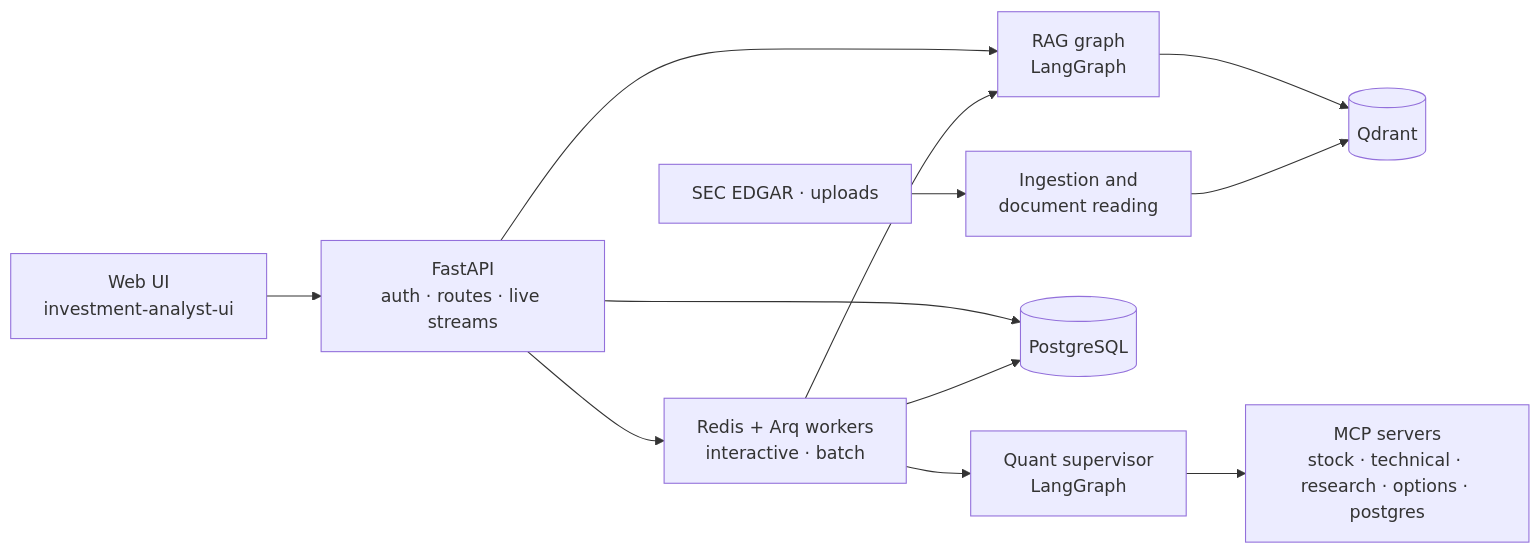
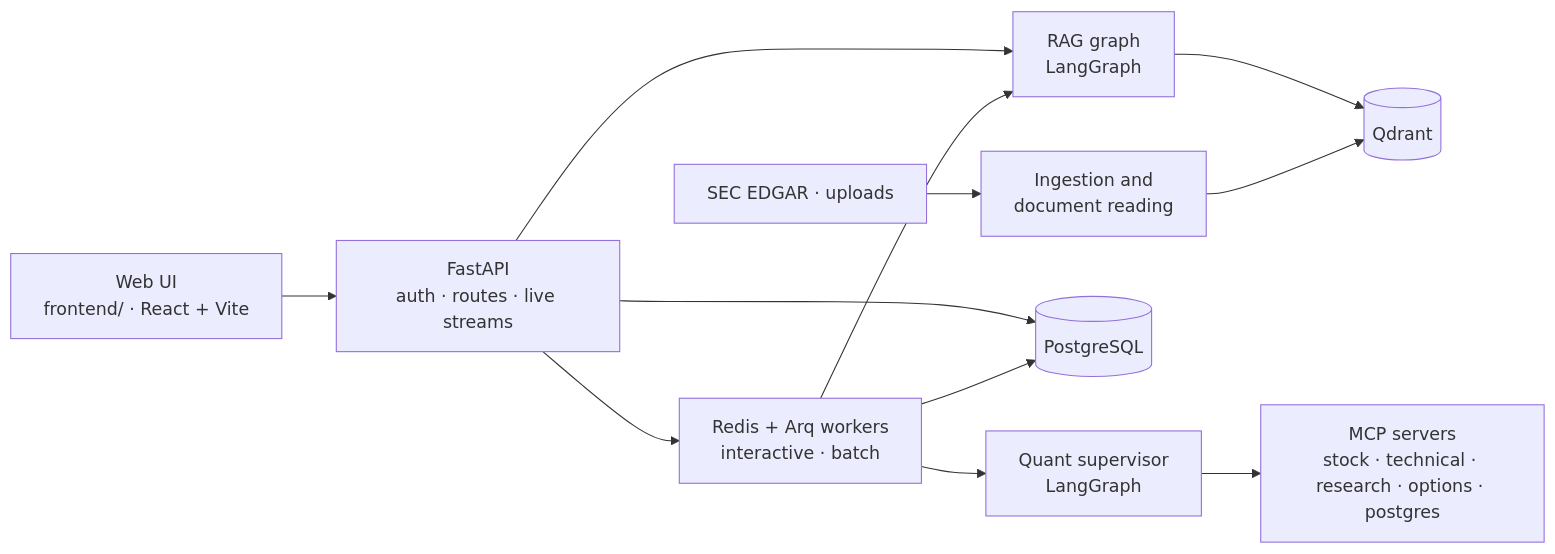
The diagram in README.md (Ganesh-K-Indium/Investment_Analyst), drawn with Mermaid before and after one commit. The commit also changed other lines of this file and 201 other files, not shown here.

````diff
--- a/README.md
+++ b/README.md
@@ -96,13 +96,13 @@
 ```mermaid
 flowchart LR
-    UI["Web UI<br/>investment-analyst-ui"] --> API["FastAPI<br/>auth · routes · live streams"]
+    UI["Web UI<br/>frontend/ · React + Vite"] --> API["FastAPI<br/>auth · routes · live streams"]
     API --> JOBS["Redis + Arq workers<br/>interactive · batch"]
     API --> RAG["RAG graph<br/>LangGraph"]
     JOBS --> RAG
     JOBS --> QUANT["Quant supervisor<br/>LangGraph"]
     QUANT --> MCP["MCP servers<br/>stock · technical · research · options · postgres"]
     RAG --> QDR[("Qdrant")]
     API --> PG[("PostgreSQL")]
     JOBS --> PG
     EDGAR["SEC EDGAR · uploads"] --> ING["Ingestion and<br/>document reading"] --> QDR
 ```
````
